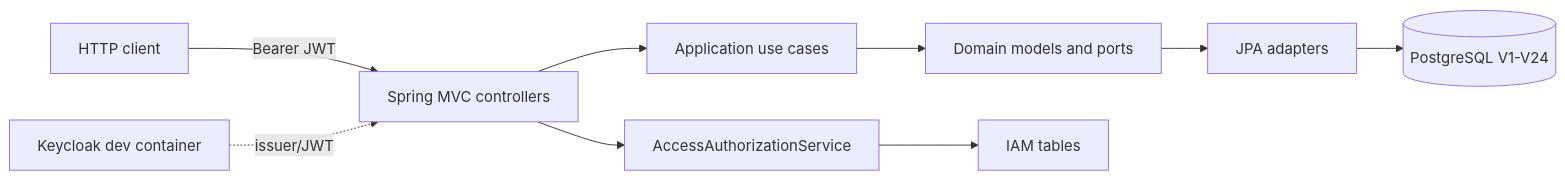
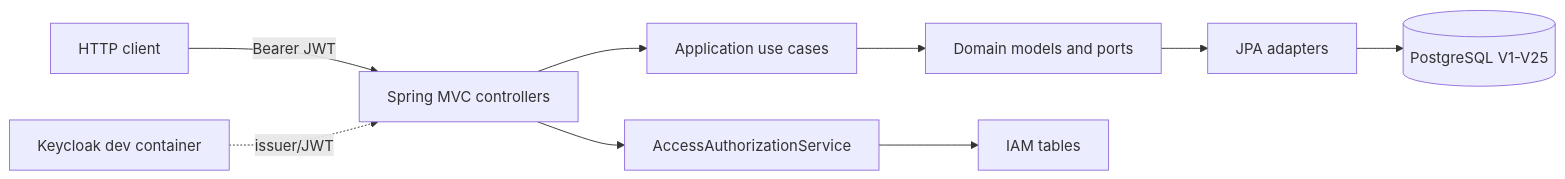
The first of 2 diagrams in docs/02-ARCHITECTURE.md (doanquocviet30062006-cmd/VieHeal), drawn with Mermaid before and after one commit. The commit also changed 28 other files, not shown here.

````diff
--- a/docs/02-ARCHITECTURE.md
+++ b/docs/02-ARCHITECTURE.md
@@ -7,11 +7,11 @@
 ```mermaid
 flowchart LR
   C[HTTP client] -->|Bearer JWT| API[Spring MVC controllers]
   API --> AZ[AccessAuthorizationService]
   API --> UC[Application use cases]
   UC --> D[Domain models and ports]
   D --> JPA[JPA adapters]
-  JPA --> PG[(PostgreSQL V1-V24)]
+  JPA --> PG[(PostgreSQL V1-V25)]
   AZ --> IAM[IAM tables]
   KC[Keycloak dev container] -. issuer/JWT .-> API
 ```
````
